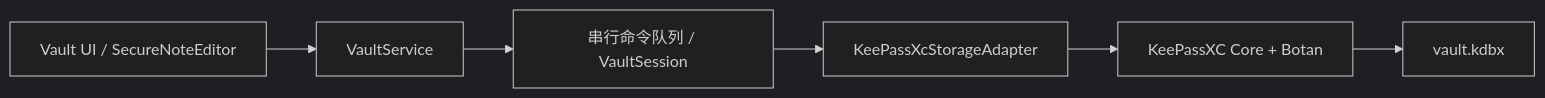
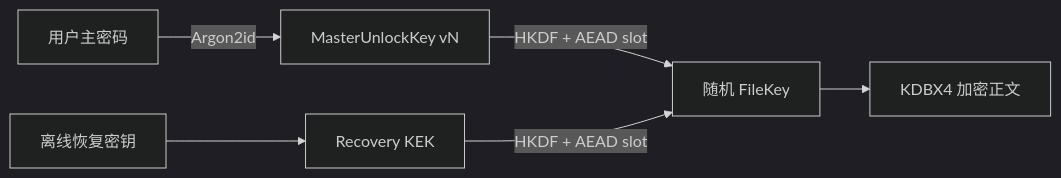
Before and after one commit to iwandac/Notepad-Safe: the sixth of 6 diagrams in docs/DESIGN.md, drawn with Mermaid (dark theme). The commit also changed other lines of this file and 98 other files, not shown here.

````diff
--- a/docs/DESIGN.md
+++ b/docs/DESIGN.md
@@ -345,8 +738,8 @@
 ```mermaid
 flowchart LR
-    UI["Vault UI / SecureNoteEditor"] --> VS["VaultService"]
-    VS --> CMD["串行命令队列 / VaultSession"]
-    CMD --> KA["KeePassXcStorageAdapter"]
-    KA --> CORE["KeePassXC Core + Botan"]
-    CORE --> KDBX["vault.kdbx"]
+    P["用户主密码"] -->|"Argon2id"| MK["MasterUnlockKey vN"]
+    RK["离线恢复密钥"] --> RKEK["Recovery KEK"]
+    MK -->|"HKDF + AEAD slot"| FK["随机 FileKey"]
+    RKEK -->|"HKDF + AEAD slot"| FK
+    FK --> KDBX["KDBX4 加密正文"]
 ```
````
